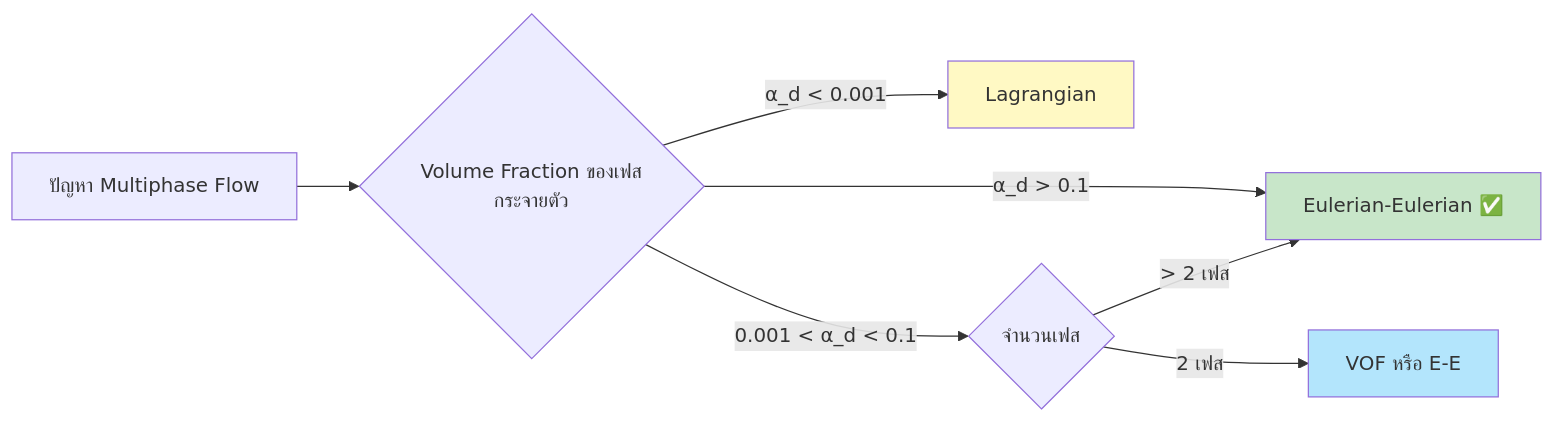
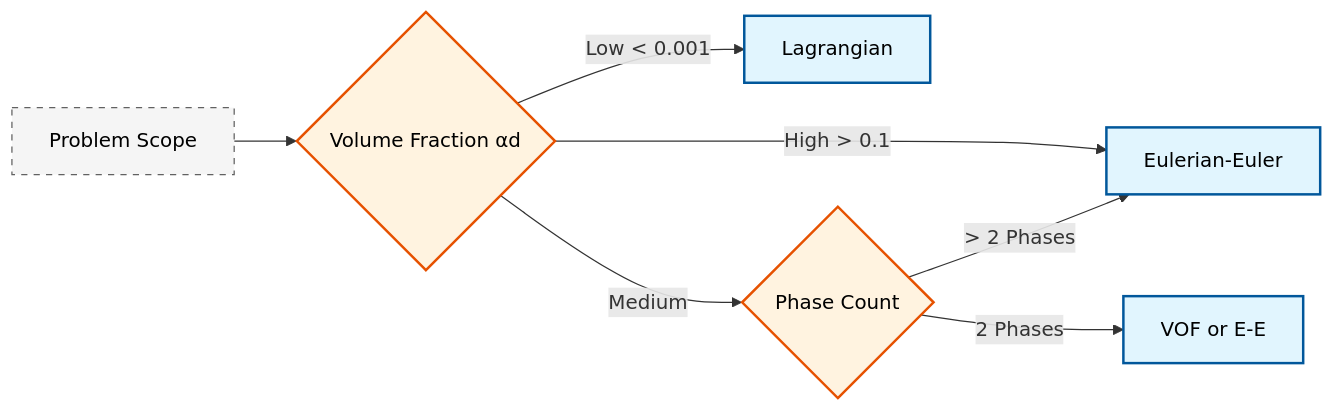
The second of 2 diagrams in MODULE_04_MULTIPHASE_FUNDAMENTALS/CONTENT/01_EULERIAN_FOUNDATIONS/00_Overview.md (wramet/build-my-cfd), drawn with Mermaid before and after one commit. The commit also changed other lines of this file and 313 other files, not shown here.

Commit message:
Revise all diagram

````diff
--- a/MODULE_04_MULTIPHASE_FUNDAMENTALS/CONTENT/01_EULERIAN_FOUNDATIONS/00_Overview.md
+++ b/MODULE_04_MULTIPHASE_FUNDAMENTALS/CONTENT/01_EULERIAN_FOUNDATIONS/00_Overview.md
@@ -55,13 +51,12 @@
 ```mermaid
-graph LR
-    A[ปัญหา Multiphase Flow] --> B{Volume Fraction ของเฟสกระจายตัว}
-    B -->|α_d > 0.1| C[Eulerian-Eulerian ✅]
-    B -->|α_d < 0.001| D[Lagrangian]
-    B -->|0.001 < α_d < 0.1| E{จำนวนเฟส}
-    E -->|2 เฟส| F[VOF หรือ E-E]
-    E -->|> 2 เฟส| C
-
-    style C fill:#c8e6c9
-    style D fill:#fff9c4
-    style F fill:#b3e5fc
+flowchart LR
+classDef implicit fill:#e1f5fe,stroke:#01579b,stroke-width:2px,color:#000
+classDef explicit fill:#fff3e0,stroke:#e65100,stroke-width:2px,color:#000
+classDef context fill:#f5f5f5,stroke:#616161,stroke-width:1px,color:#000,stroke-dasharray: 5 5
+A["Problem Scope"]:::context --> B{"Volume Fraction αd"}:::explicit
+B -->|"High > 0.1"| C["Eulerian-Euler"]:::implicit
+B -->|"Low < 0.001"| D["Lagrangian"]:::implicit
+B -->|"Medium"| E{"Phase Count"}:::explicit
+E -->|"2 Phases"| F["VOF or E-E"]:::implicit
+E -->|"> 2 Phases"| C
 ```
````
